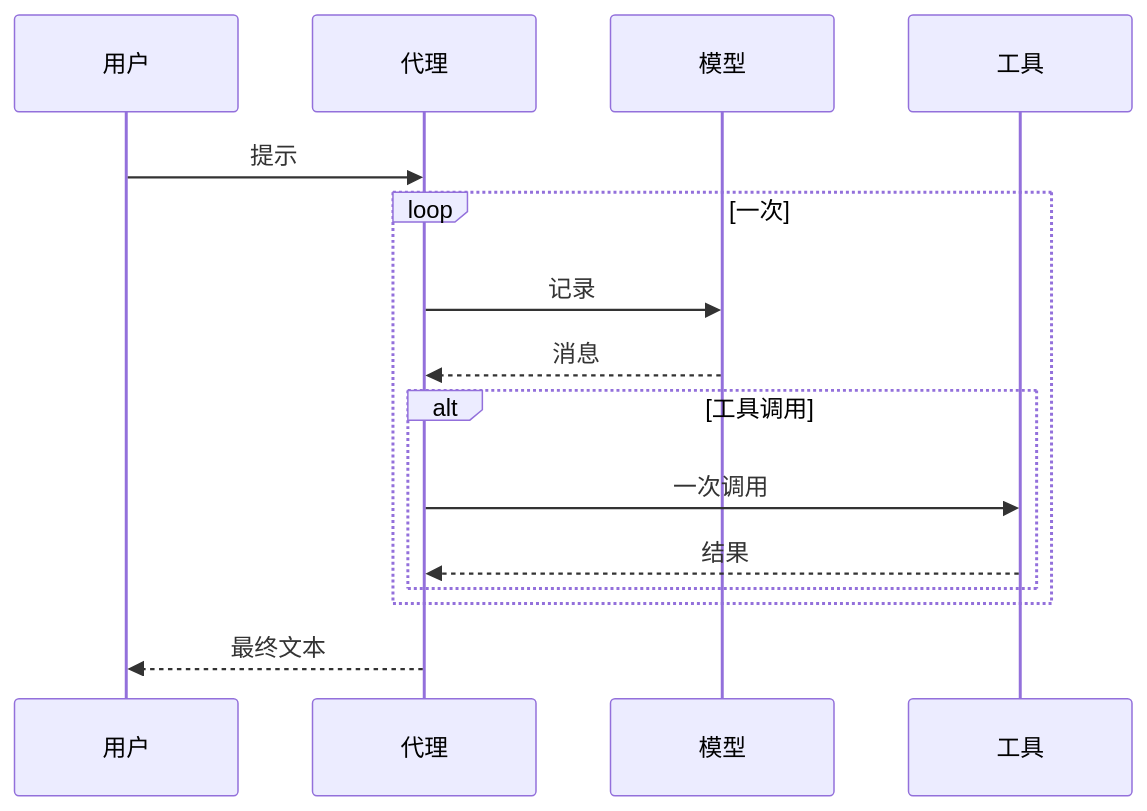
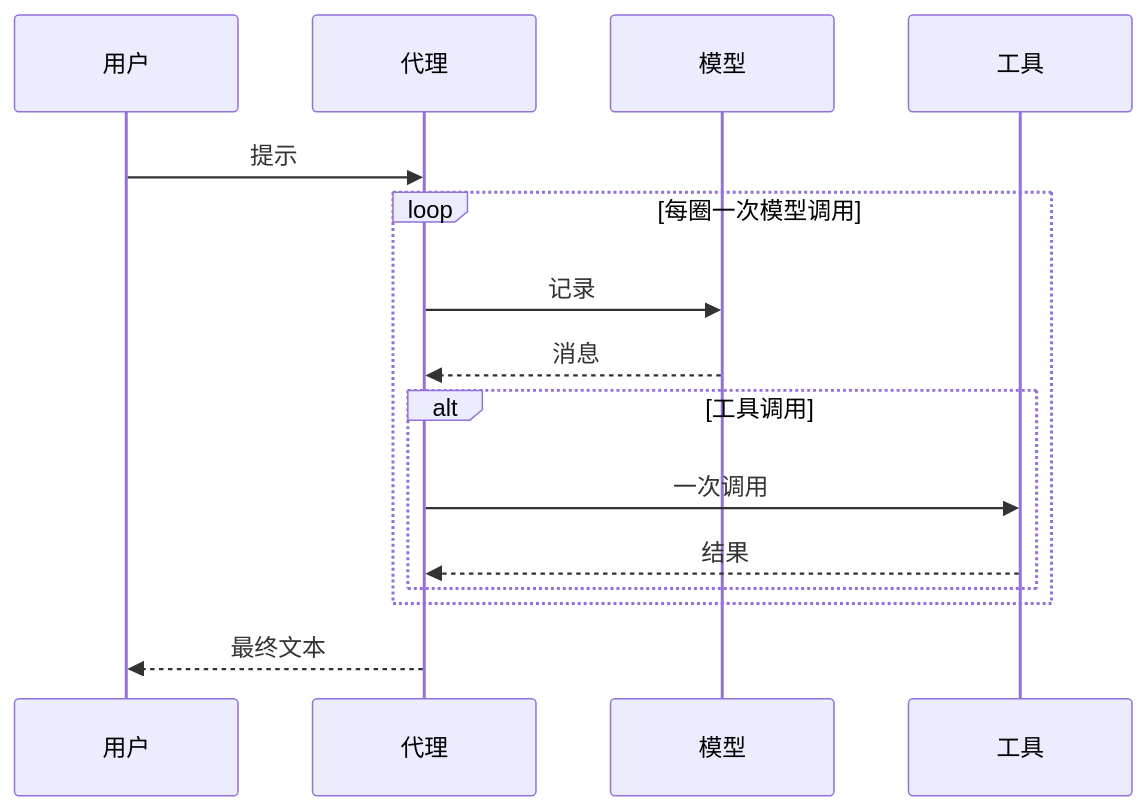
One commit to zyy17/pigo changed the second of 4 diagrams in docs/design.zh-CN.md. Above: the diagram before and after it, drawn with Mermaid. The commit also changed other lines of this file and 6 other files, not shown here.

````diff
--- a/docs/design.zh-CN.md
+++ b/docs/design.zh-CN.md
@@ -51,17 +51,17 @@
 ```mermaid
 sequenceDiagram
     participant User as 用户
     participant Agent as 代理
     participant Model as 模型
     participant Tools as 工具
     User->>Agent: 提示
-    loop 一次
+    loop 每圈一次模型调用
         Agent->>Model: 记录
         Model-->>Agent: 消息
         alt 工具调用
             Agent->>Tools: 一次调用
             Tools-->>Agent: 结果
         end
     end
     Agent-->>User: 最终文本
 ```
````
